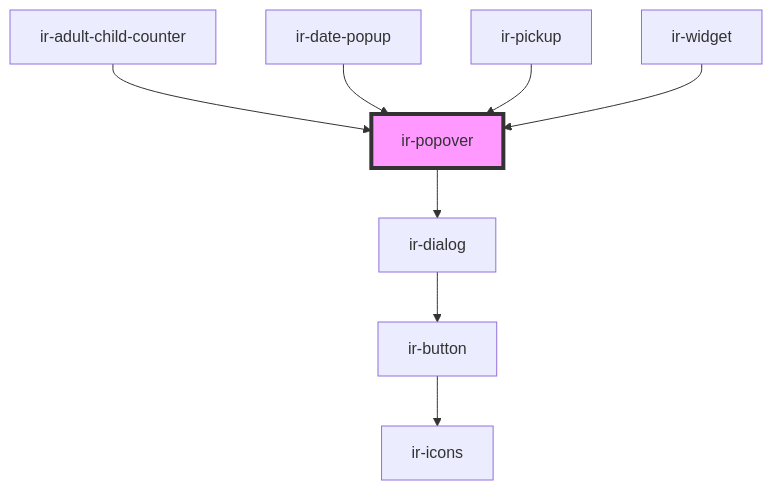
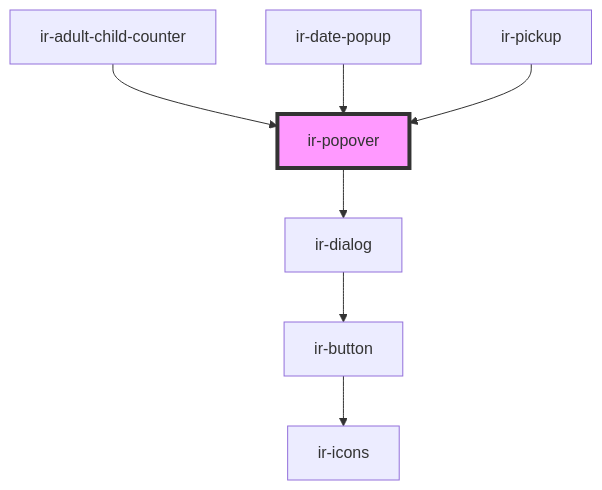
One commit to RonyRizk/ir-be changed the diagram in src/components/ui/ir-popover/readme.md. Above: the diagram before and after it, drawn with Mermaid. The commit also changed other lines of this file and 42 other files, not shown here.

````diff
--- a/src/components/ui/ir-popover/readme.md
+++ b/src/components/ui/ir-popover/readme.md
@@ -66,11 +65,10 @@
 ```mermaid
 graph TD;
   ir-popover --> ir-dialog
   ir-dialog --> ir-button
   ir-button --> ir-icons
   ir-adult-child-counter --> ir-popover
   ir-date-popup --> ir-popover
   ir-pickup --> ir-popover
-  ir-widget --> ir-popover
   style ir-popover fill:#f9f,stroke:#333,stroke-width:4px
 ```
````
